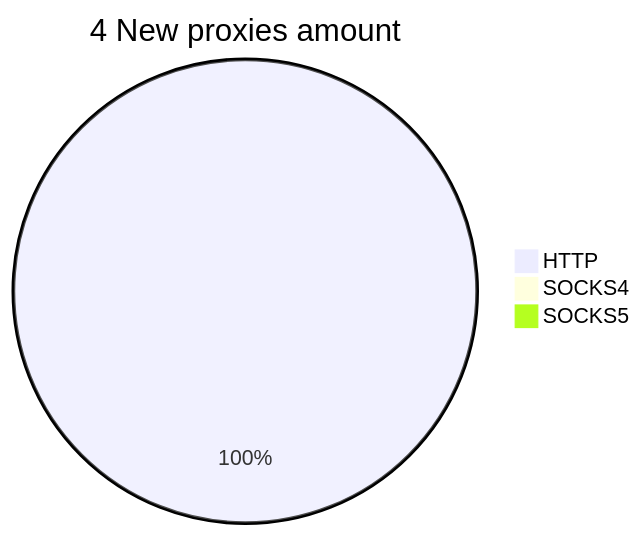
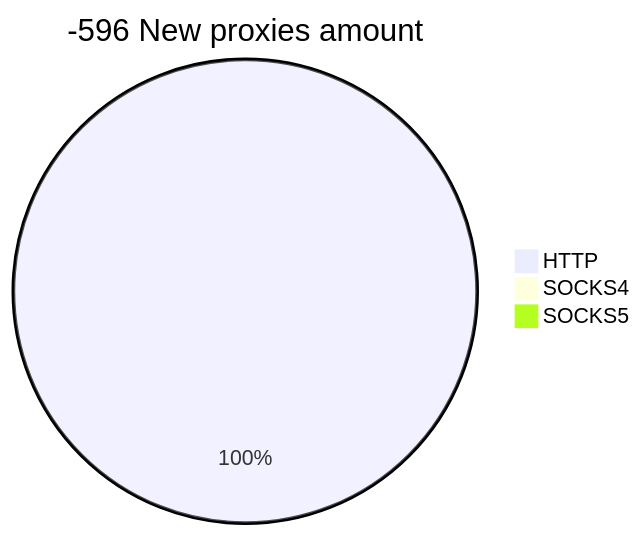
The second of 2 diagrams in README.md (cutipu/proxylist), drawn with Mermaid before and after one commit. The commit also changed other lines of this file, not shown here.

````diff
--- a/README.md
+++ b/README.md
@@ -10,6 +10,6 @@
 ```mermaid
-pie title 4 New proxies amount
-    "HTTP" : 4
+pie title -596 New proxies amount
+    "HTTP" : 55
     "SOCKS4" : 0
     "SOCKS5" : 0
 ```
````
